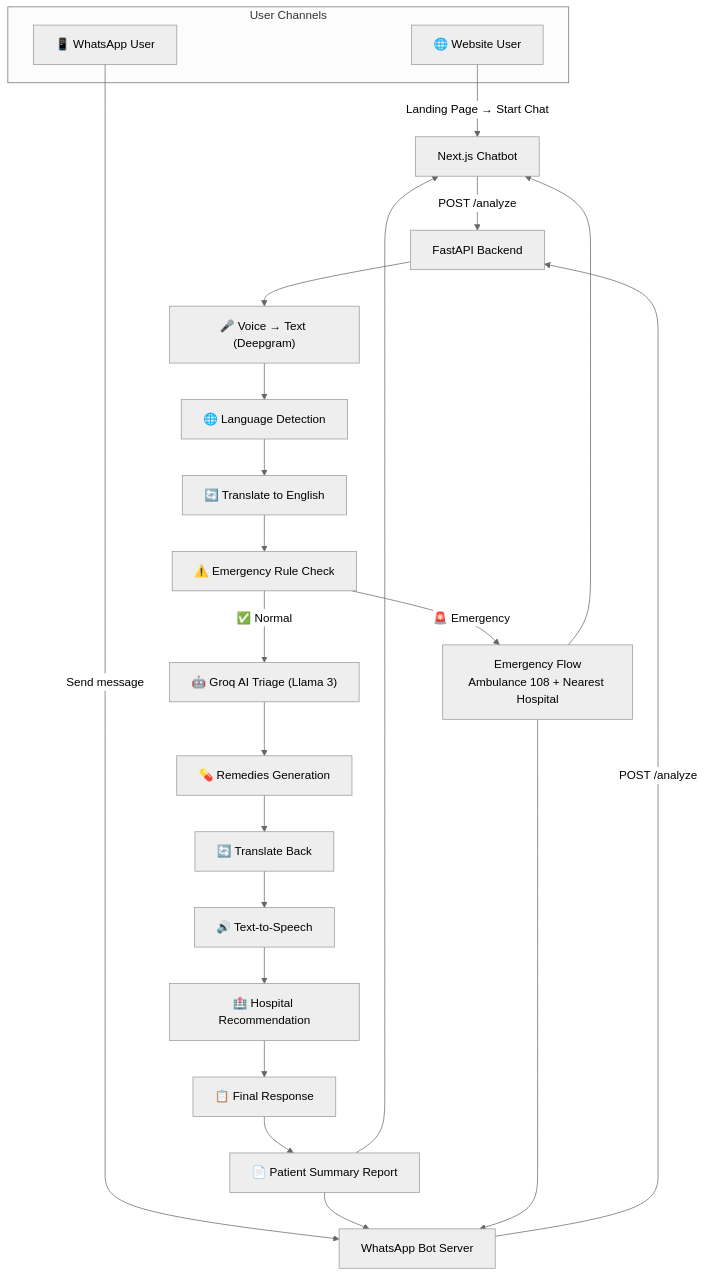
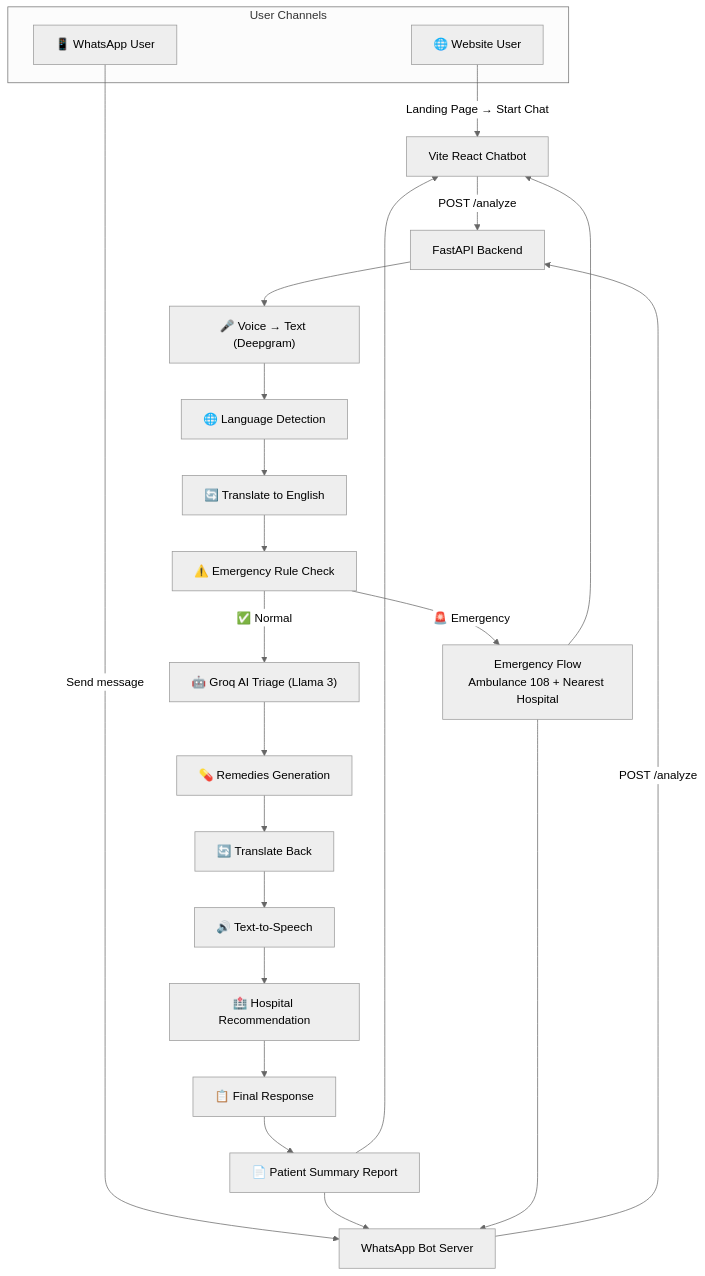
Before and after one commit to Pranshu-2177/Aetrix-Hackathon: diagram 13 of 13 in ARCHITECTURE.md, drawn with Mermaid (neutral theme). The commit also changed other lines of this file and 30 other files, not shown here.

````diff
--- a/ARCHITECTURE.md
+++ b/ARCHITECTURE.md
@@ -1453,33 +1450,33 @@
 ```mermaid
 graph TD
     subgraph Channels["User Channels"]
         WEB["🌐 Website User"]
         WAUSER["📱 WhatsApp User"]
     end
 
-    WEB -->|"Landing Page → Start Chat"| FE["Next.js Chatbot"]
+    WEB -->|"Landing Page → Start Chat"| FE["Vite React Chatbot"]
     WAUSER -->|"Send message"| WABOT["WhatsApp Bot Server"]
 
     FE -->|"POST /analyze"| API["FastAPI Backend"]
     WABOT -->|"POST /analyze"| API
 
     API --> STT["🎤 Voice → Text (Deepgram)"]
     STT --> LANG["🌐 Language Detection"]
     LANG --> TRANS["🔄 Translate to English"]
     TRANS --> RULE["⚠️ Emergency Rule Check"]
 
     RULE -->|"🚨 Emergency"| EMGFLOW["Emergency Flow<br/>Ambulance 108 + Nearest Hospital"]
     RULE -->|"✅ Normal"| TRIAGE["🤖 Groq AI Triage (Llama 3)"]
 
     TRIAGE --> REMEDY["💊 Remedies Generation"]
     REMEDY --> TRANSBACK["🔄 Translate Back"]
     TRANSBACK --> TTS["🔊 Text-to-Speech"]
     TTS --> HOSPITAL["🏥 Hospital Recommendation"]
     HOSPITAL --> RESPONSE["📋 Final Response"]
     RESPONSE --> REPORT["📄 Patient Summary Report"]
 
     REPORT --> FE
     REPORT --> WABOT
     EMGFLOW --> FE
     EMGFLOW --> WABOT
 ```
````
